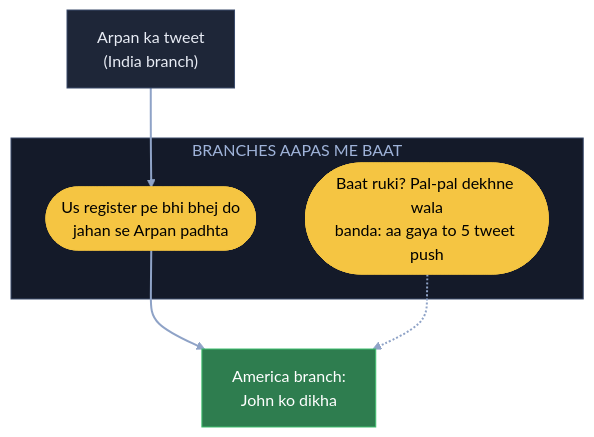
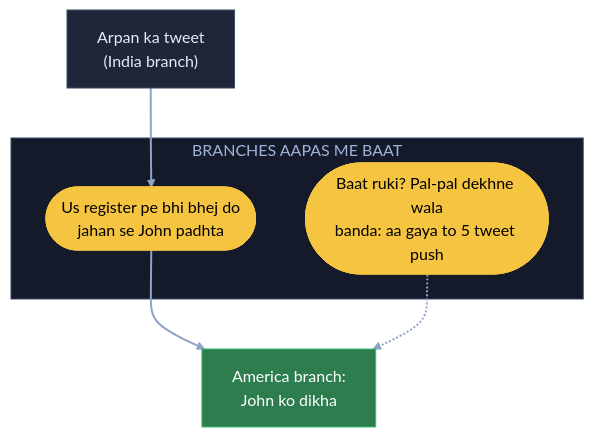
The ninth of 18 diagrams in 04_HLD/SYSTEM_DESIGNS/03_twitter_feed/03_twitter_feed.md (ArpanMaheshwari144/Prep), drawn with Mermaid before and after one commit. The commit also changed other lines of this file and 18 other files, not shown here.

````diff
--- a/04_HLD/SYSTEM_DESIGNS/03_twitter_feed/03_twitter_feed.md
+++ b/04_HLD/SYSTEM_DESIGNS/03_twitter_feed/03_twitter_feed.md
@@ -300,18 +300,18 @@
 ```mermaid
 flowchart TB
     A["Arpan ka tweet<br/>(India branch)"]:::card
     subgraph BB["BRANCHES AAPAS ME BAAT"]
-        B(["Us register pe bhi bhej do<br/>jahan se Arpan padhta"]):::pill
+        B(["Us register pe bhi bhej do<br/>jahan se John padhta"]):::pill
         P(["Baat ruki? Pal-pal dekhne wala<br/>banda: aa gaya to 5 tweet push"]):::pill
     end
     US["America branch:<br/>John ko dikha"]:::good
     A --> B
     B --> US
     P -.-> US
     linkStyle default stroke:#8fa3c7,stroke-width:2px
     classDef card fill:#1e2638,stroke:#3a4a6b,color:#e8ecf5
     classDef pill fill:#f5c542,stroke:#f5c542,color:#000
     classDef good fill:#2e7d4f,stroke:#3fbf6f,color:#fff
     classDef bad fill:#5c1f24,stroke:#e05561,color:#fff
     style BB fill:#141a29,stroke:#3a4a6b,color:#9fb3d9
 ```
````
